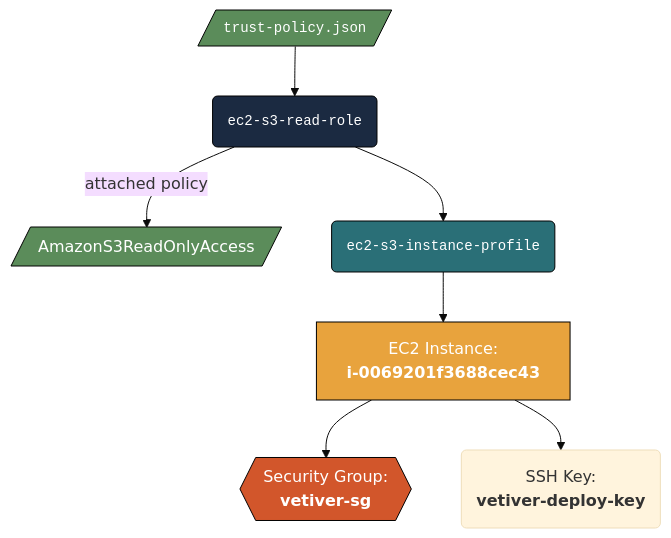
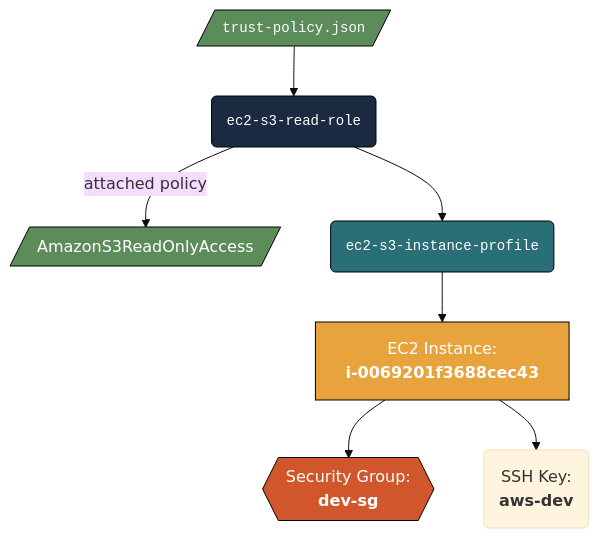
The seventh of 7 diagrams in aws-ec2.qmd (mjfrigaard/do4ds-labs), drawn with Mermaid before and after one commit. The commit also changed other lines of this file and 10 other files, not shown here.

Commit message:
AWS chapters: dev-sg, aws-dev key, AL2023 launch output; drop vetiver names

````diff
--- a/aws-ec2.qmd
+++ b/aws-ec2.qmd
@@ -670,23 +670,23 @@
 ```{mermaid}
 %%| fig-cap: 'Create Role & Attach Policy'
 %%| fig-width: 7.0
 %%| fig-align: 'center'
 %%{init: {'theme': 'base', 'look': 'classic', 'themeVariables': {'fontFamily': 'monospace'}}}%%
 
 graph TD
     Trust[/"trust-policy.json"/] --> Role("ec2-s3-read-role")
     Role --"attached policy"--> C[/"AmazonS3ReadOnlyAccess"/]
     Role --> Prof("ec2-s3-instance-profile")
     Prof --> E["EC2 Instance:<br><strong>i-0069201f3688cec43</strong>"]
-    E --> F{{"Security Group:<br><strong>vetiver-sg</strong>"}}
-    E --> G("SSH Key:<br><strong>vetiver-deploy-key</strong>")
+    E --> F{{"Security Group:<br><strong>dev-sg</strong>"}}
+    E --> G("SSH Key:<br><strong>aws-dev</strong>")
     
 
     style Role fill:#1B2A41,stroke:#000000,stroke-width:1px,font-size:14px,text-align:center,font-family:monospace,color:#ffffff
     style Prof fill:#2A6F77,stroke:#000000,stroke-width:1px,font-size:14px,text-align:center,font-family:monospace,color:#ffffff
     style Trust fill:#5B8C5A,stroke:#000000,stroke-width:1px,font-size:14px,text-align:center,font-family:monospace,color:#ffffff
     style E fill:#E8A33D,stroke:#000000,stroke-width:1px,color:#ffffff
     style C fill:#5B8C5A,stroke:#000000,stroke-width:1px,color:#ffffff
     style F fill:#D2562B,stroke:#000000,stroke-width:1px,color:#ffffff
 
 ```
````
